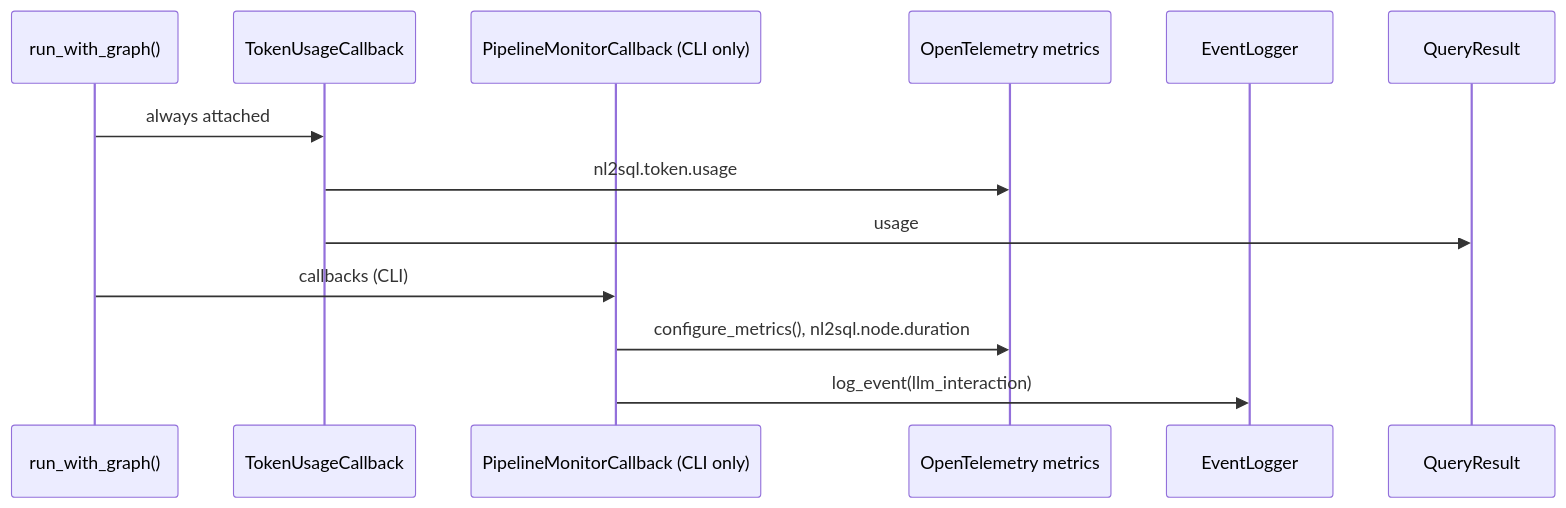
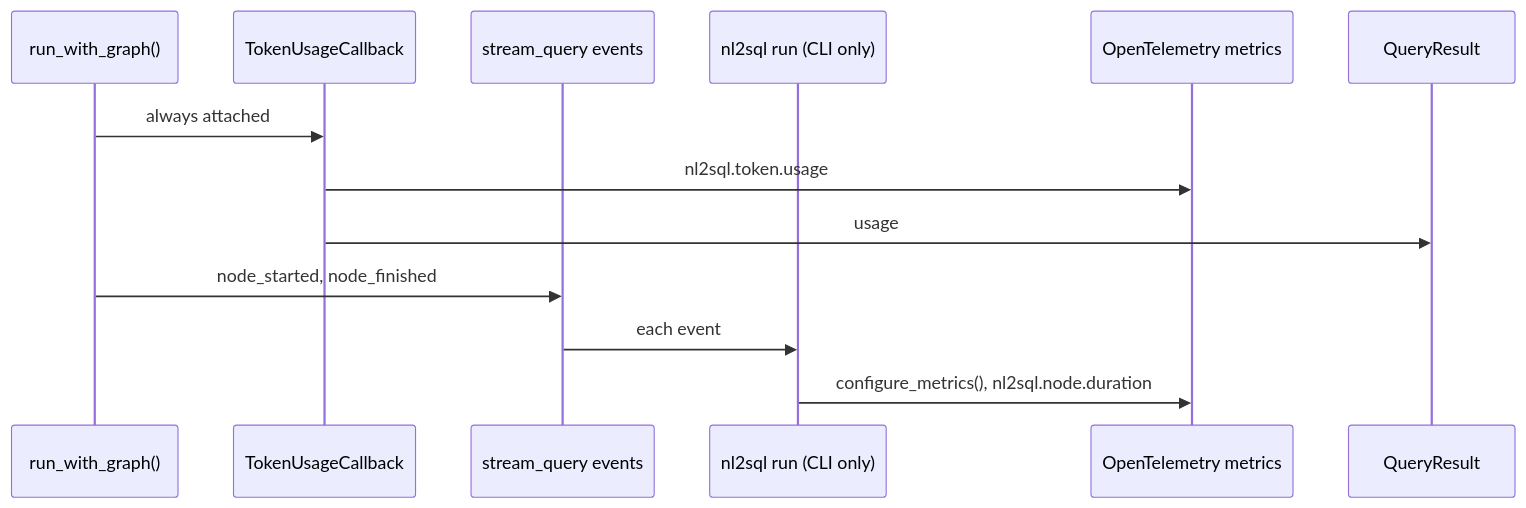
One commit to nadeem4/nl2sql changed the diagram in docs/observability/stack.md. Above: the diagram before and after it, drawn with Mermaid. The commit also changed other lines of this file and 113 other files, not shown here.

Commit message:
feat(facade): namespaces on NL2SQL, PUT /api/v1/settings/llm, and the CLI on the public API (configuration v2, PR 10a) (#274)

````diff
--- a/docs/observability/stack.md
+++ b/docs/observability/stack.md
@@ -31,16 +30,16 @@
 ```mermaid
 sequenceDiagram
     participant Pipeline as run_with_graph()
     participant Usage as TokenUsageCallback
-    participant Callback as PipelineMonitorCallback (CLI only)
+    participant Stream as stream_query events
+    participant Run as nl2sql run (CLI only)
     participant Metrics as OpenTelemetry metrics
-    participant Audit as EventLogger
     participant Result as QueryResult
 
     Pipeline->>Usage: always attached
     Usage->>Metrics: nl2sql.token.usage
     Usage->>Result: usage
-    Pipeline->>Callback: callbacks (CLI)
-    Callback->>Metrics: configure_metrics(), nl2sql.node.duration
-    Callback->>Audit: log_event(llm_interaction)
+    Pipeline->>Stream: node_started, node_finished
+    Stream->>Run: each event
+    Run->>Metrics: configure_metrics(), nl2sql.node.duration
 ```
````
